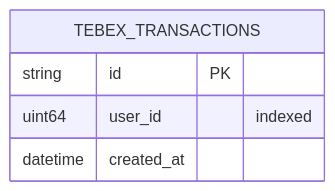
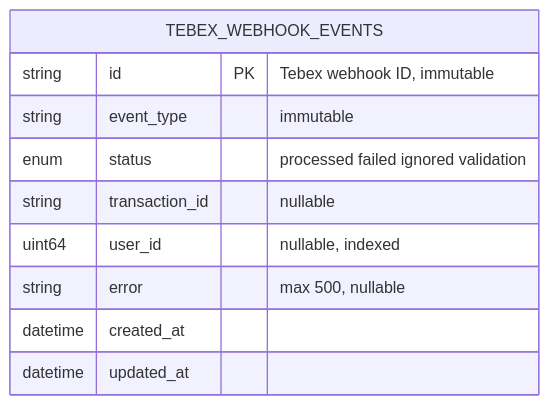
One commit to AdamOusmer/ItsBagelBot changed the fifth of 7 diagrams in docs/src/content/docs/data-and-state/database.md. Above: the diagram before and after it, drawn with Mermaid. The commit also changed other lines of this file and 27 other files, not shown here.

````diff
--- a/docs/src/content/docs/data-and-state/database.md
+++ b/docs/src/content/docs/data-and-state/database.md
@@ -150,8 +238,13 @@
 ```mermaid
 erDiagram
-    TEBEX_TRANSACTIONS {
-        string id PK
-        uint64 user_id "indexed"
+    TEBEX_WEBHOOK_EVENTS {
+        string id PK "Tebex webhook ID, immutable"
+        string event_type "immutable"
+        enum status "processed failed ignored validation"
+        string transaction_id "nullable"
+        uint64 user_id "nullable, indexed"
+        string error "max 500, nullable"
         datetime created_at
+        datetime updated_at
     }
 ```
````
